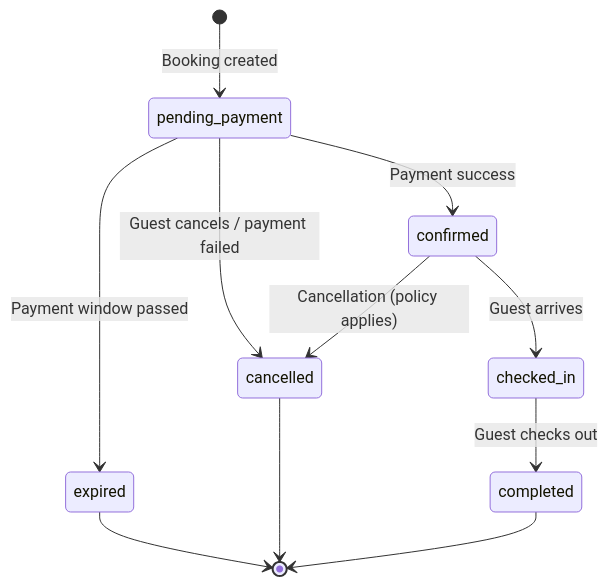
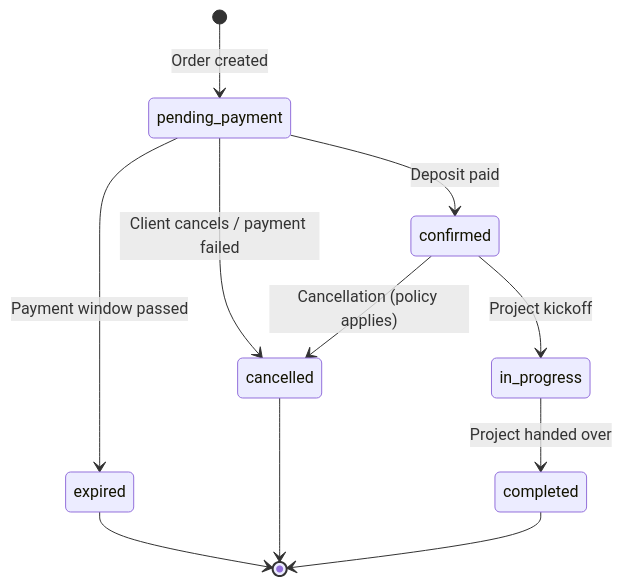
One commit to AnggaWikaNugraha/fullstack-company-profile changed the sixth of 9 diagrams in docs/flows.md. Above: the diagram before and after it, drawn with Mermaid. The commit also changed other lines of this file and 6 other files, not shown here.

````diff
--- a/docs/flows.md
+++ b/docs/flows.md
@@ -189,13 +195,13 @@
 ```mermaid
 stateDiagram-v2
-    [*] --> pending_payment: Booking created
-    pending_payment --> confirmed: Payment success
+    [*] --> pending_payment: Order created
+    pending_payment --> confirmed: Deposit paid
     pending_payment --> expired: Payment window passed
-    pending_payment --> cancelled: Guest cancels / payment failed
-    confirmed --> checked_in: Guest arrives
+    pending_payment --> cancelled: Client cancels / payment failed
+    confirmed --> in_progress: Project kickoff
     confirmed --> cancelled: Cancellation (policy applies)
-    checked_in --> completed: Guest checks out
+    in_progress --> completed: Project handed over
     expired --> [*]
     cancelled --> [*]
     completed --> [*]
 ```
````
